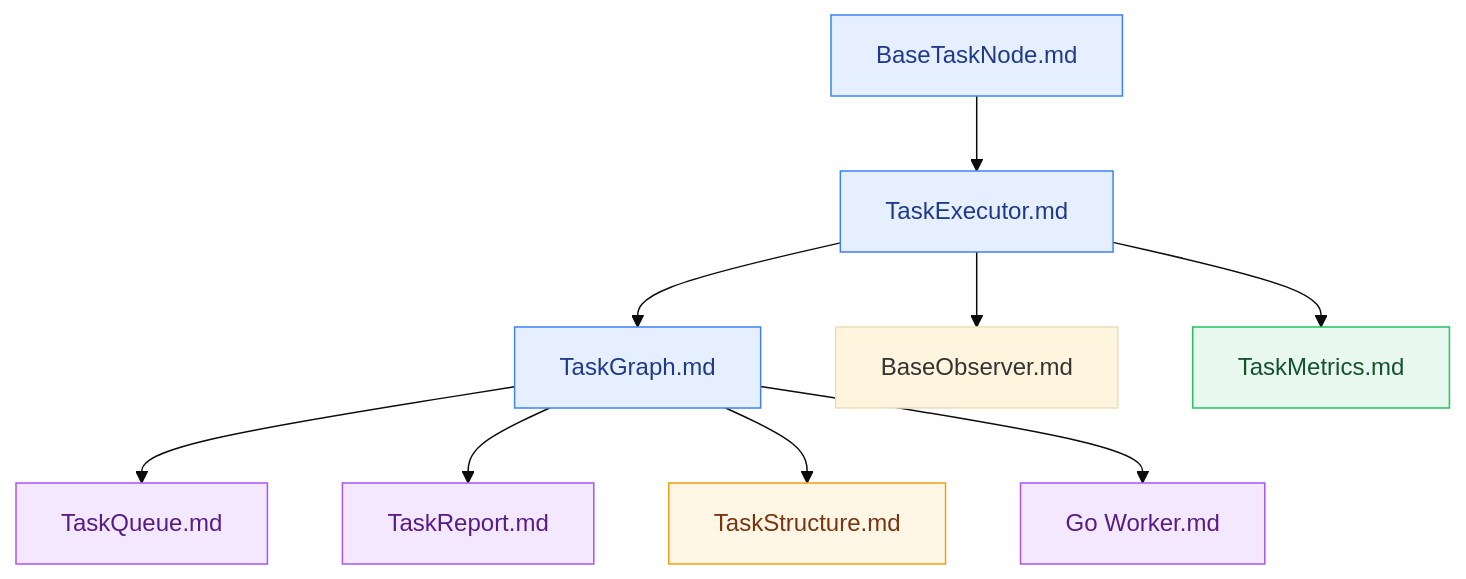
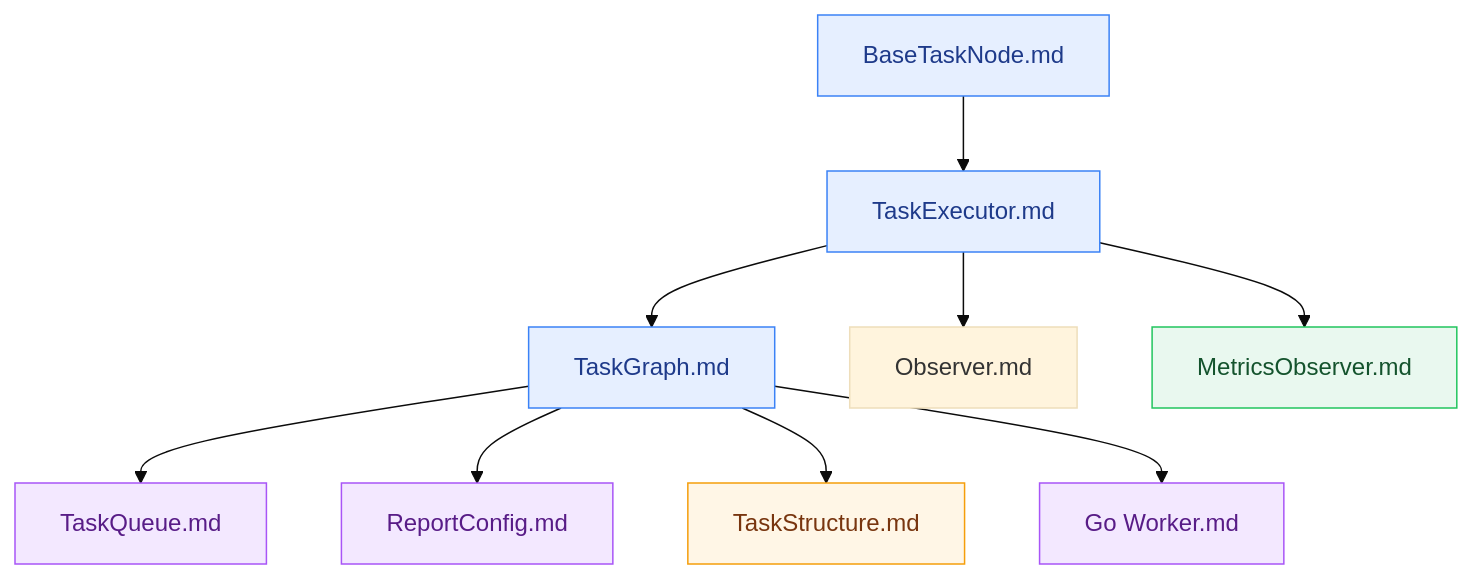
One commit to Mr-xiaotian/CelestialFlow changed the second of 2 diagrams in README.md. Above: the diagram before and after it, drawn with Mermaid (base theme). The commit also changed other lines of this file and 1 other file, not shown here.

````diff
--- a/README.md
+++ b/README.md
@@ -179,23 +180,23 @@
 ```mermaid
 flowchart TD
     classDef core fill:#e6efff,stroke:#3b82f6,color:#1e3a8a;
     classDef runtime fill:#e9f8ef,stroke:#22c55e,color:#14532d;
     classDef structure fill:#fff6e6,stroke:#f59e0b,color:#78350f;
     classDef execution fill:#f3e8ff,stroke:#a855f7,color:#581c87;
 
     BTN[BaseTaskNode.md] --> TE[TaskExecutor.md] --> TG[TaskGraph.md]
-    TE --> OB[BaseObserver.md]
-    TE --> TME[TaskMetrics.md]
+    TE --> OB[Observer.md]
+    TE --> TME[MetricsObserver.md]
 
     TG --> TQ[TaskQueue.md]
-    TG --> TR[TaskReport.md]
+    TG --> TRC[ReportConfig.md]
     TG --> TSR[TaskStructure.md]
 
     TG --> GW[Go Worker.md]
 
     class BTN,TE,TG core;
     class TME runtime;
     class TSR structure;
     class TQ,GW execution;
-    class TR execution;
+    class TRC execution;
 ```
````
